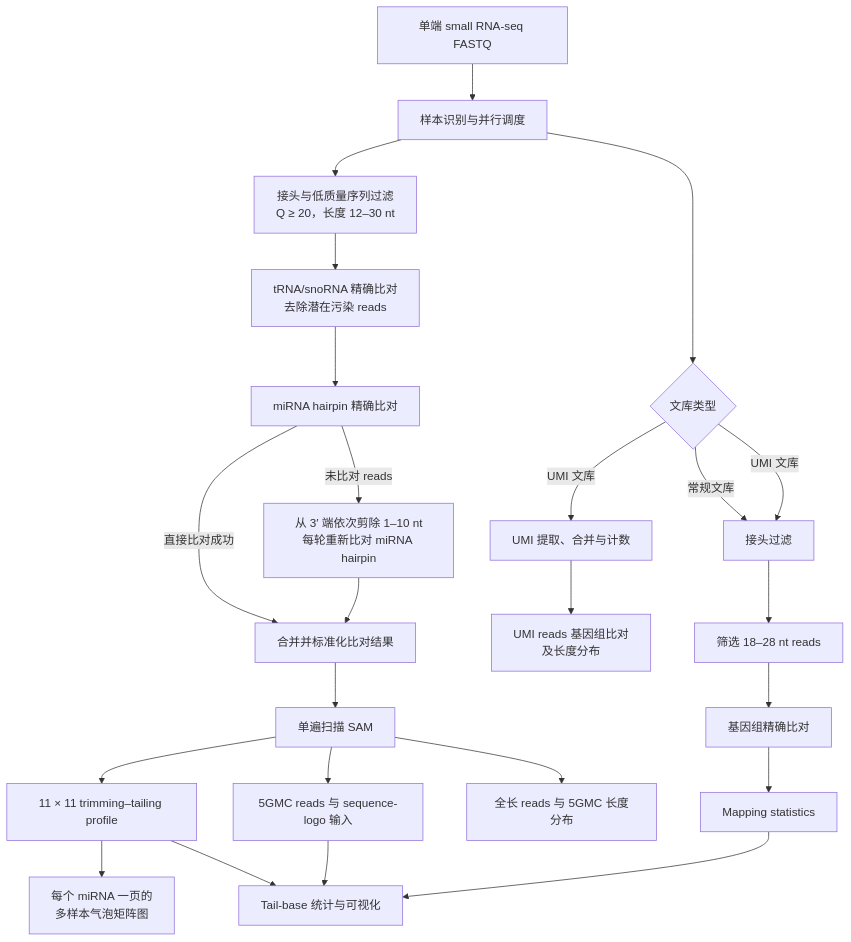
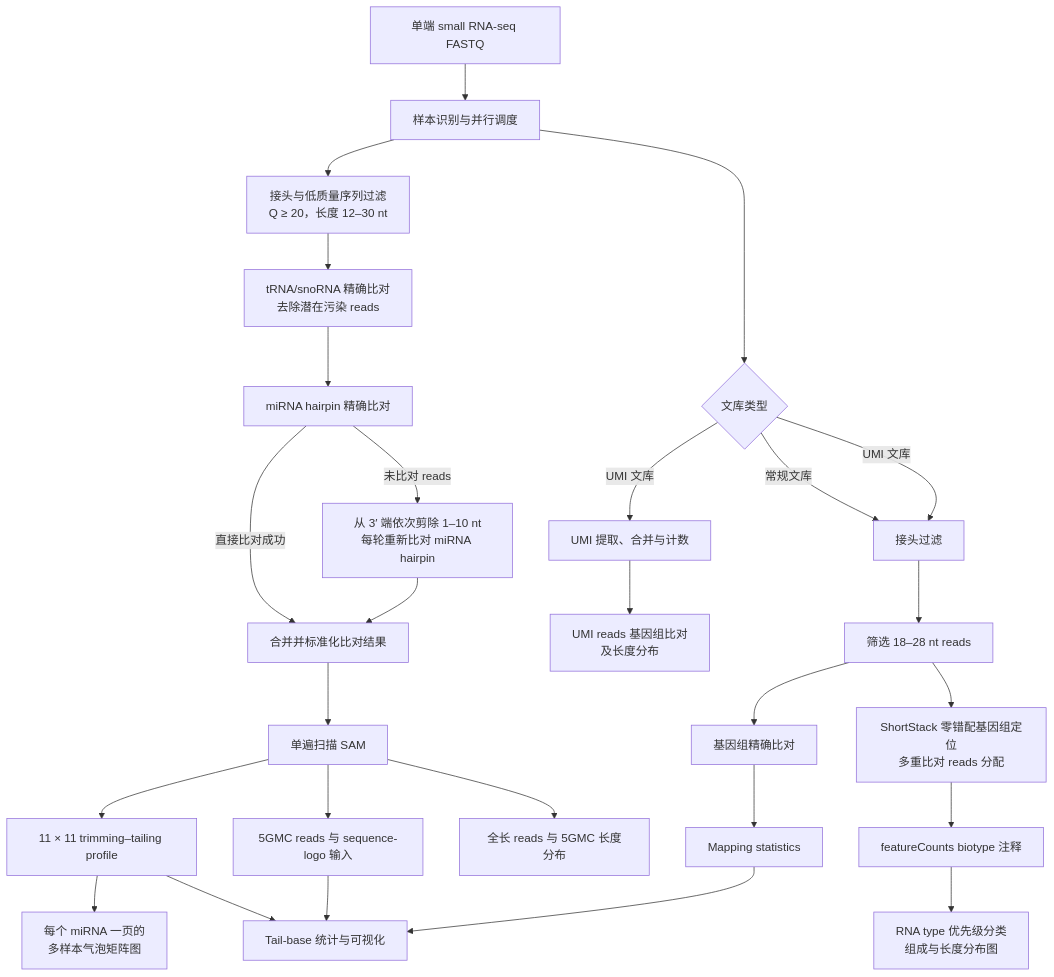
The diagram in README.md (FINitenet/renlab_tailing_trimming_parallel), drawn with Mermaid before and after one commit. The commit also changed other lines of this file and 2 other files, not shown here.

Commit message:
Add ShortStack RNA type classification

````diff
--- a/README.md
+++ b/README.md
@@ -29,29 +30,32 @@
 ```mermaid
 flowchart TD
     A[单端 small RNA-seq FASTQ] --> B[样本识别与并行调度]
 
     B --> C1[接头与低质量序列过滤<br/>Q ≥ 20，长度 12–30 nt]
     C1 --> C2[tRNA/snoRNA 精确比对<br/>去除潜在污染 reads]
     C2 --> C3[miRNA hairpin 精确比对]
     C3 -->|直接比对成功| C5[合并并标准化比对结果]
     C3 -->|未比对 reads| C4[从 3′ 端依次剪除 1–10 nt<br/>每轮重新比对 miRNA hairpin]
     C4 --> C5
     C5 --> D[单遍扫描 SAM]
     D --> D1[11 × 11 trimming–tailing profile]
     D --> D2[5GMC reads 与 sequence-logo 输入]
     D --> D3[全长 reads 与 5GMC 长度分布]
     D1 --> D4[每个 miRNA 一页的<br/>多样本气泡矩阵图]
 
     B --> E1{文库类型}
     E1 -->|常规文库| E2[接头过滤]
     E1 -->|UMI 文库| E3[UMI 提取、合并与计数]
     E1 -->|UMI 文库| E2
     E3 --> E7[UMI reads 基因组比对<br/>及长度分布]
     E2 --> E4[筛选 18–28 nt reads]
     E4 --> E5[基因组精确比对]
     E5 --> E6[Mapping statistics]
+    E4 --> E8[ShortStack 零错配基因组定位<br/>多重比对 reads 分配]
+    E8 --> E9[featureCounts biotype 注释]
+    E9 --> E10[RNA type 优先级分类<br/>组成与长度分布图]
 
     D1 --> F[Tail-base 统计与可视化]
     D2 --> F
     E6 --> F
 ```
````
